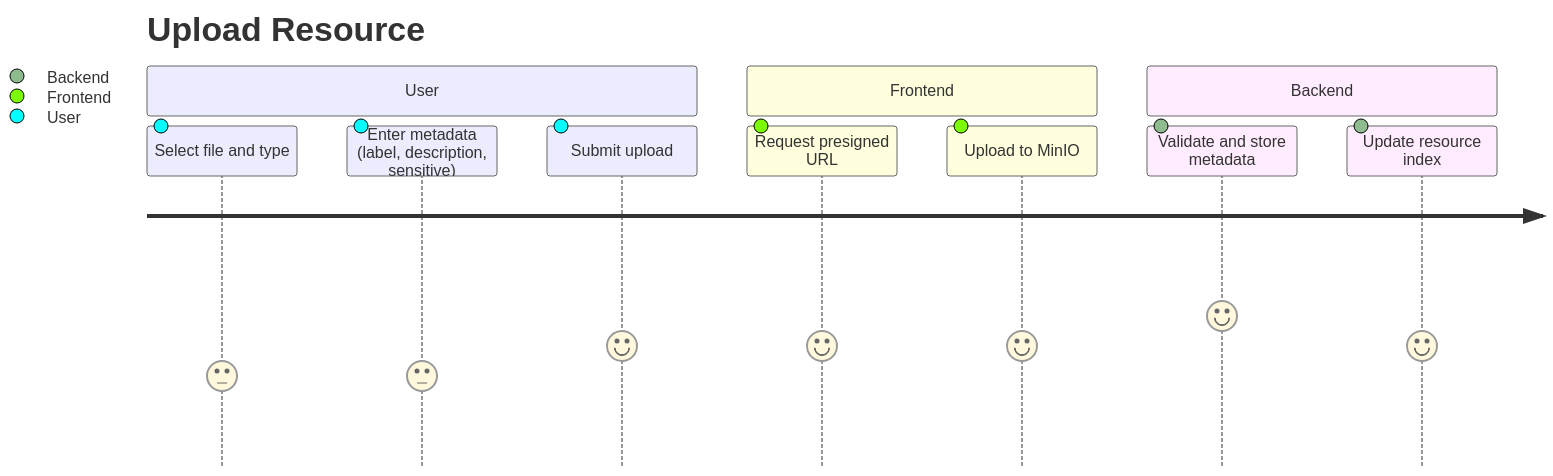
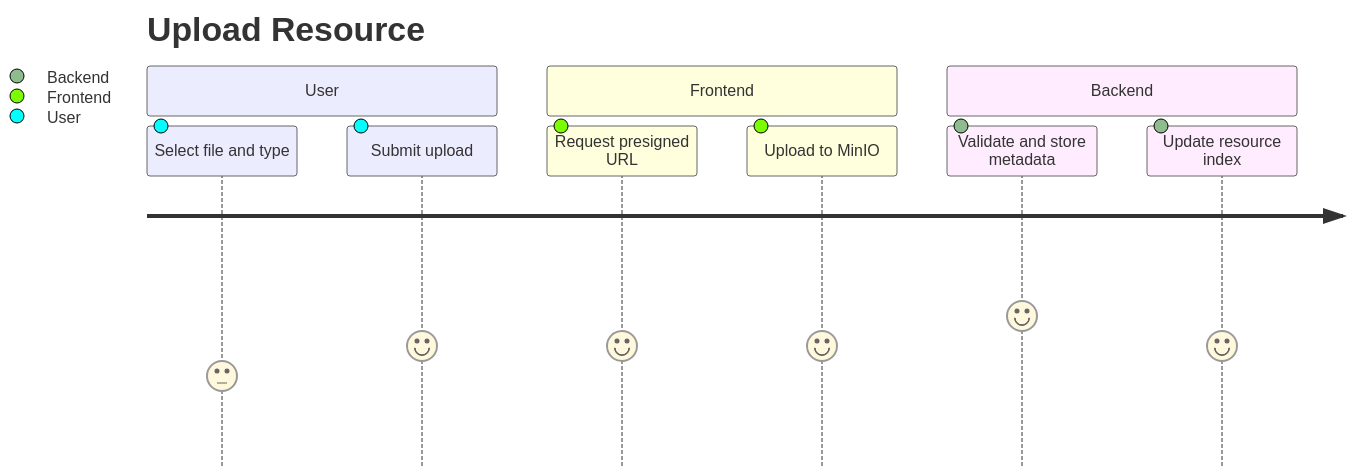
The seventh of 16 diagrams in docs/v2_rewrite_implementation_plan/notes/user_flows.md (unclesp1d3r/CipherSwarm), drawn with Mermaid before and after one commit. The commit also changed other lines of this file, not shown here.

First line of the commit message:
feat(docs): enhance user flows documentation with detailed upload and campaign management processes

````diff
--- a/docs/v2_rewrite_implementation_plan/notes/user_flows.md
+++ b/docs/v2_rewrite_implementation_plan/notes/user_flows.md
@@ -316,14 +344,13 @@
 ```mermaid
 journey
     title Upload Resource
     section User
       Select file and type: 3: User
-      Enter metadata (label, description, sensitive): 3: User
       Submit upload: 4: User
     section Frontend
       Request presigned URL: 4: Frontend
       Upload to MinIO: 4: Frontend
     section Backend
       Validate and store metadata: 5: Backend
       Update resource index: 4: Backend
 ```
````
